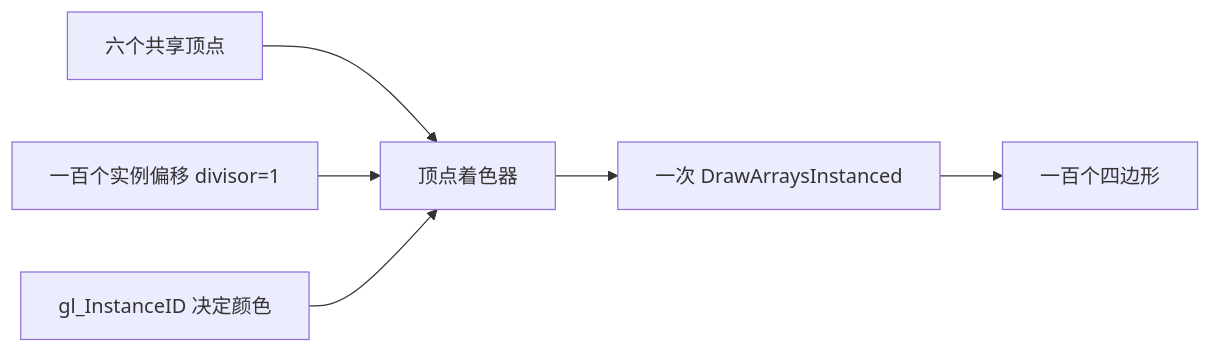
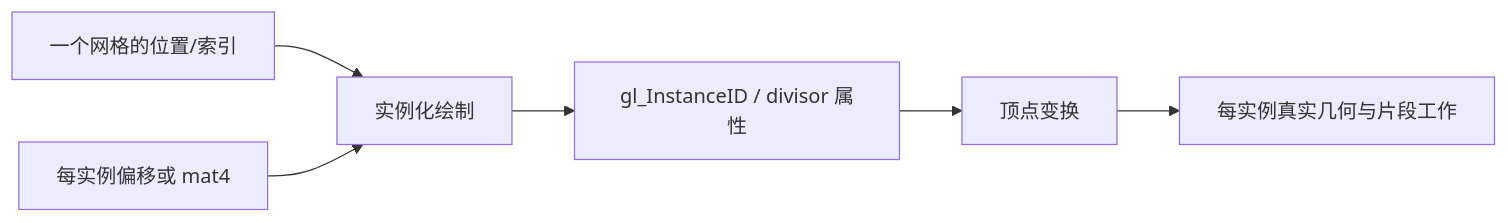
One commit to with-fair-wind/OpenGL changed the diagram in docs/04_advanced_opengl/10_instancing.md. Above: the diagram before and after it, drawn with Mermaid. The commit also changed other lines of this file and 107 other files, not shown here.

````diff
--- a/docs/04_advanced_opengl/10_instancing.md
+++ b/docs/04_advanced_opengl/10_instancing.md
@@ -14,8 +17,8 @@
 ```mermaid
 flowchart LR
-    A[六个共享顶点] --> C[顶点着色器]
-    B[一百个实例偏移 divisor=1] --> C
-    D[gl_InstanceID 决定颜色] --> C
-    C --> E[一次 DrawArraysInstanced]
-    E --> F[一百个四边形]
+    A[一个网格的位置/索引] --> C[实例化绘制]
+    B[每实例偏移或 mat4] --> C
+    C --> D[gl_InstanceID / divisor 属性]
+    D --> E[顶点变换]
+    E --> F[每实例真实几何与片段工作]
 ```
````
